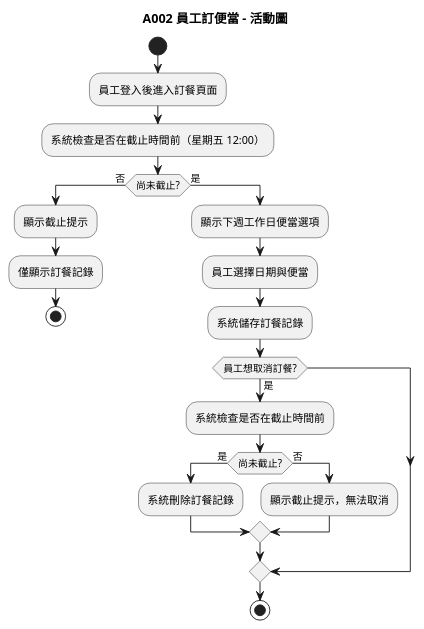
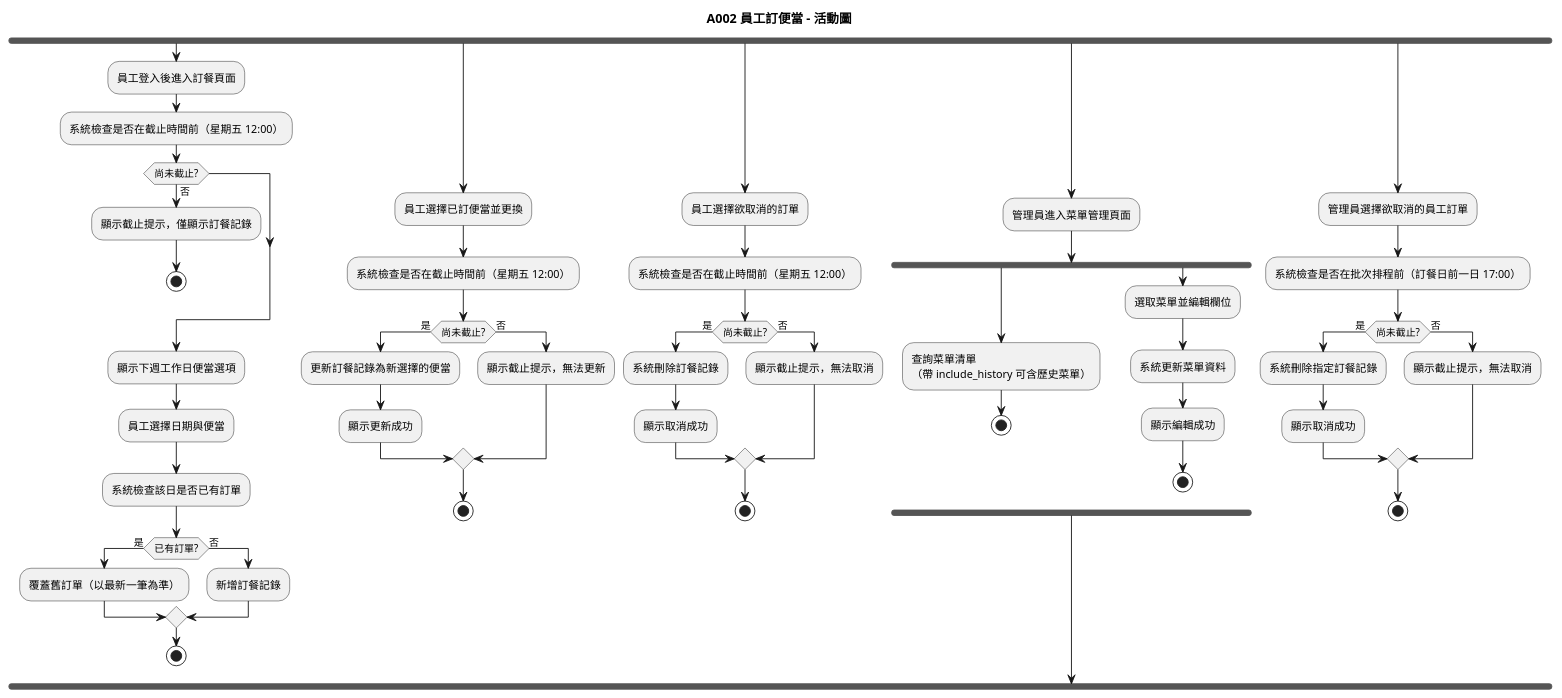
Before and after one commit to teyhawzhe/bento-uml: the diagram in output/A002/A002-activity.puml, drawn with PlantUML. The commit also changed 37 other files, not shown here.

```diff
--- a/output/A002/A002-activity.puml
+++ b/output/A002/A002-activity.puml
@@ -1,30 +1,69 @@
 @startuml A002-activity
 
 title A002 員工訂便當 - 活動圖
 
-start
-
-:員工登入後進入訂餐頁面;
-:系統檢查是否在截止時間前（星期五 12:00）;
-
-if (尚未截止?) then (否)
-  :顯示截止提示;
-  :僅顯示訂餐記錄;
-  stop
-else (是)
+fork
+  :員工登入後進入訂餐頁面;
+  :系統檢查是否在截止時間前（星期五 12:00）;
+  if (尚未截止?) then (否)
+    :顯示截止提示，僅顯示訂餐記錄;
+    stop
+  endif
   :顯示下週工作日便當選項;
   :員工選擇日期與便當;
-  :系統儲存訂餐記錄;
-
-  if (員工想取消訂餐?) then (是)
-    :系統檢查是否在截止時間前;
-    if (尚未截止?) then (是)
-      :系統刪除訂餐記錄;
-    else (否)
-      :顯示截止提示，無法取消;
-    endif
+  :系統檢查該日是否已有訂單;
+  if (已有訂單?) then (是)
+    :覆蓋舊訂單（以最新一筆為準）;
+  else (否)
+    :新增訂餐記錄;
   endif
   stop
-endif
+
+fork again
+  :員工選擇已訂便當並更換;
+  :系統檢查是否在截止時間前（星期五 12:00）;
+  if (尚未截止?) then (是)
+    :更新訂餐記錄為新選擇的便當;
+    :顯示更新成功;
+  else (否)
+    :顯示截止提示，無法更新;
+  endif
+  stop
+
+fork again
+  :員工選擇欲取消的訂單;
+  :系統檢查是否在截止時間前（星期五 12:00）;
+  if (尚未截止?) then (是)
+    :系統刪除訂餐記錄;
+    :顯示取消成功;
+  else (否)
+    :顯示截止提示，無法取消;
+  endif
+  stop
+
+fork again
+  :管理員進入菜單管理頁面;
+  fork
+    :查詢菜單清單\n（帶 include_history 可含歷史菜單）;
+    stop
+  fork again
+    :選取菜單並編輯欄位;
+    :系統更新菜單資料;
+    :顯示編輯成功;
+    stop
+  end fork
+
+fork again
+  :管理員選擇欲取消的員工訂單;
+  :系統檢查是否在批次排程前（訂餐日前一日 17:00）;
+  if (尚未截止?) then (是)
+    :系統刪除指定訂餐記錄;
+    :顯示取消成功;
+  else (否)
+    :顯示截止提示，無法取消;
+  endif
+  stop
+
+end fork
 
 @enduml
```
